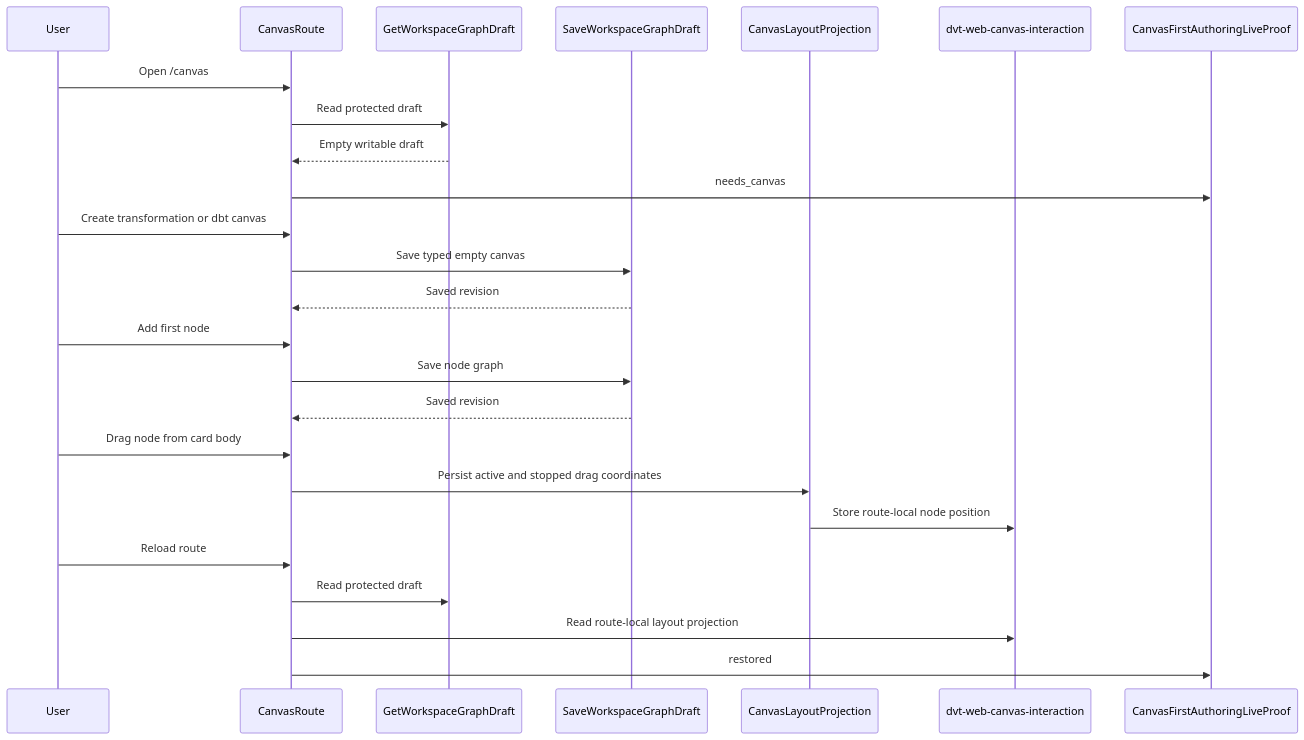
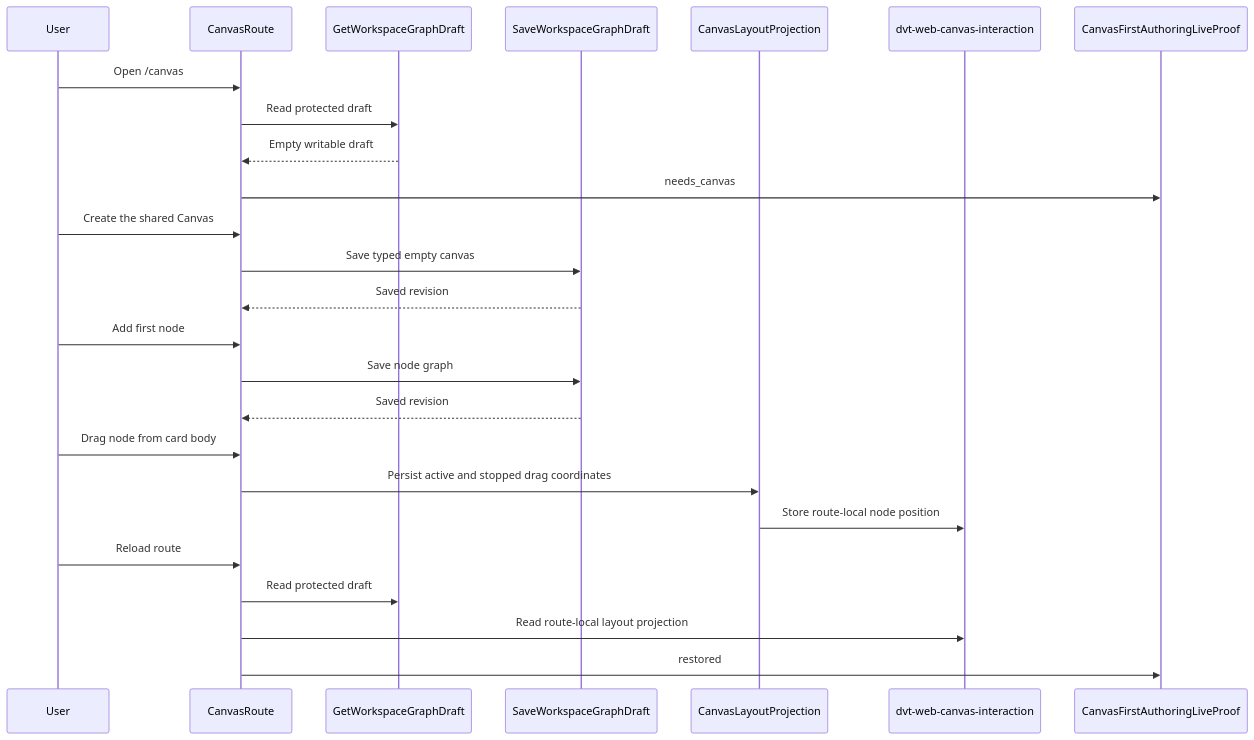
One commit to dunay2/dvt changed the second of 2 diagrams in docs/architecture/components/web/graph/canvas-first-authoring-live-proof-component.md. Above: the diagram before and after it, drawn with Mermaid. The commit also changed other lines of this file and 26 other files, not shown here.

````diff
--- a/docs/architecture/components/web/graph/canvas-first-authoring-live-proof-component.md
+++ b/docs/architecture/components/web/graph/canvas-first-authoring-live-proof-component.md
@@ -190,28 +189,28 @@
 ```mermaid
 sequenceDiagram
     participant User
     participant CanvasRoute
     participant DraftQuery as GetWorkspaceGraphDraft
     participant DraftSave as SaveWorkspaceGraphDraft
     participant Layout as CanvasLayoutProjection
     participant LocalStore as dvt-web-canvas-interaction
     participant Proof as CanvasFirstAuthoringLiveProof
 
     User->>CanvasRoute: Open /canvas
     CanvasRoute->>DraftQuery: Read protected draft
     DraftQuery-->>CanvasRoute: Empty writable draft
     CanvasRoute->>Proof: needs_canvas
-    User->>CanvasRoute: Create transformation or dbt canvas
+    User->>CanvasRoute: Create the shared Canvas
     CanvasRoute->>DraftSave: Save typed empty canvas
     DraftSave-->>CanvasRoute: Saved revision
     User->>CanvasRoute: Add first node
     CanvasRoute->>DraftSave: Save node graph
     DraftSave-->>CanvasRoute: Saved revision
     User->>CanvasRoute: Drag node from card body
     CanvasRoute->>Layout: Persist active and stopped drag coordinates
     Layout->>LocalStore: Store route-local node position
     User->>CanvasRoute: Reload route
     CanvasRoute->>DraftQuery: Read protected draft
     CanvasRoute->>LocalStore: Read route-local layout projection
     CanvasRoute->>Proof: restored
 ```
````
